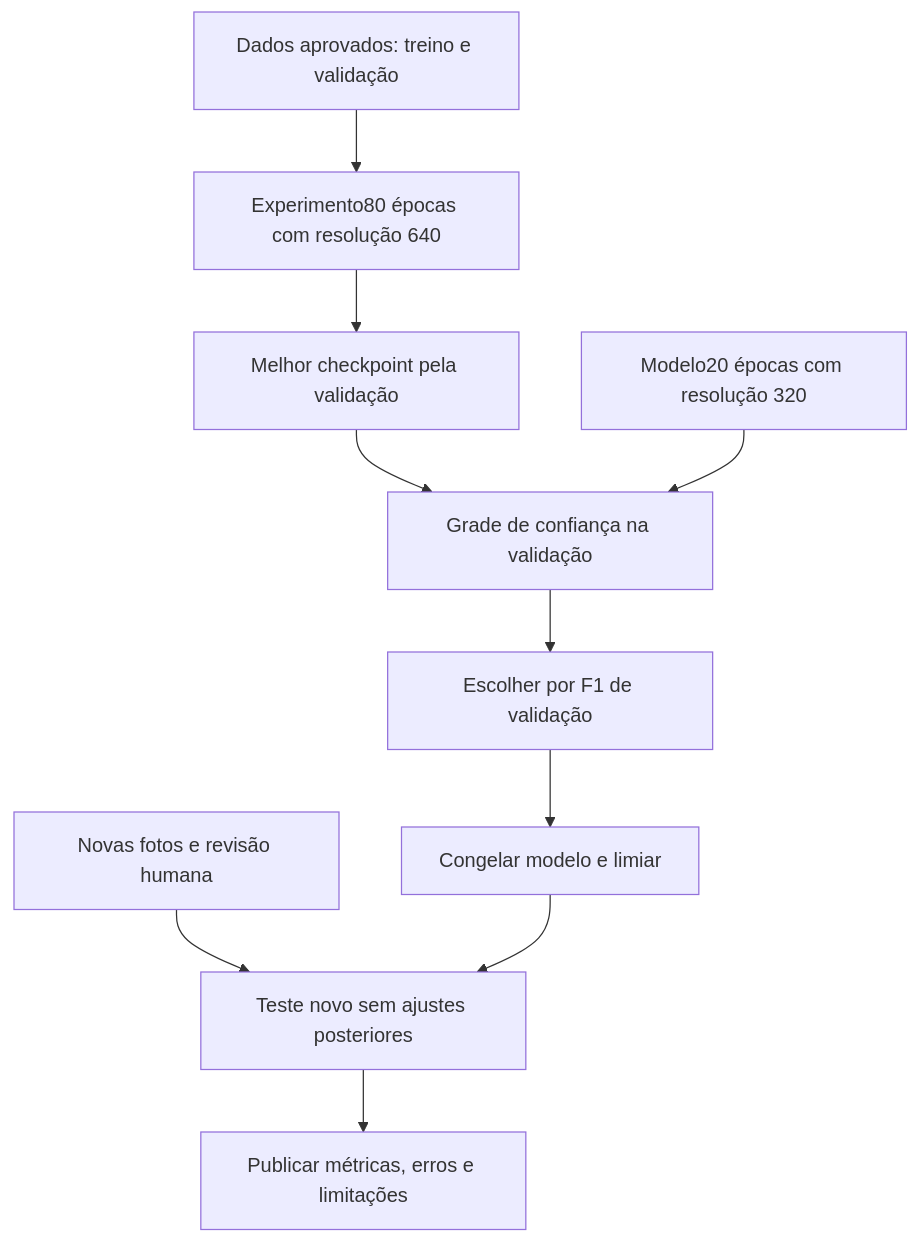
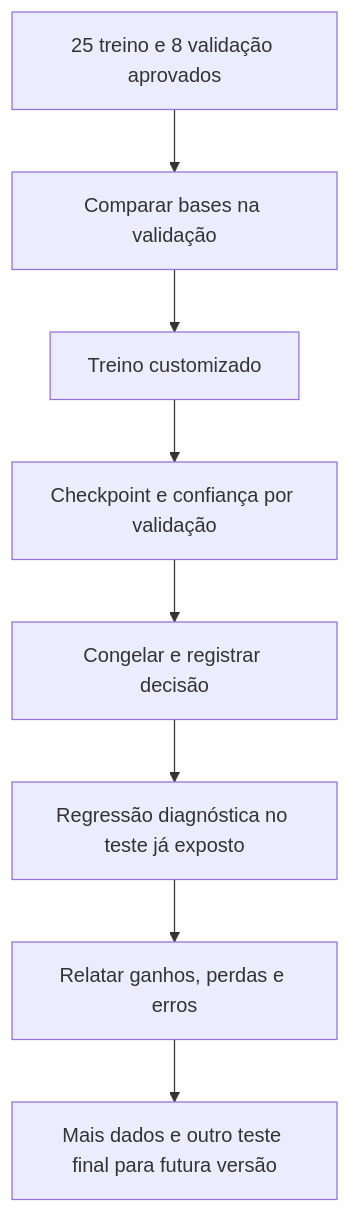
Before and after one commit to Acolhe-Projeto/Acolhe---GS8: the second of 2 diagrams in docs/PRD_GENAI_VISION.md, drawn with Mermaid. The commit also changed other lines of this file and 37 other files, not shown here.

````diff
--- a/docs/PRD_GENAI_VISION.md
+++ b/docs/PRD_GENAI_VISION.md
@@ -69,12 +72,10 @@
 ```mermaid
 flowchart TD
-    D[Dados aprovados: treino e validação] --> T[Experimento80 épocas com resolução 640]
-    T --> B[Melhor checkpoint pela validação]
-    B --> C[Grade de confiança na validação]
-    O[Modelo20 épocas com resolução 320] --> C
-    C --> S[Escolher por F1 de validação]
-    S --> F[Congelar modelo e limiar]
-    N[Novas fotos e revisão humana] --> E[Teste novo sem ajustes posteriores]
-    F --> E
-    E --> P[Publicar métricas, erros e limitações]
+    D[25 treino e 8 validação aprovados] --> B[Comparar bases na validação]
+    B --> T[Treino customizado]
+    T --> C[Checkpoint e confiança por validação]
+    C --> F[Congelar e registrar decisão]
+    F --> E[Regressão diagnóstica no teste já exposto]
+    E --> R[Relatar ganhos, perdas e erros]
+    R --> N[Mais dados e outro teste final para futura versão]
 ```
````
